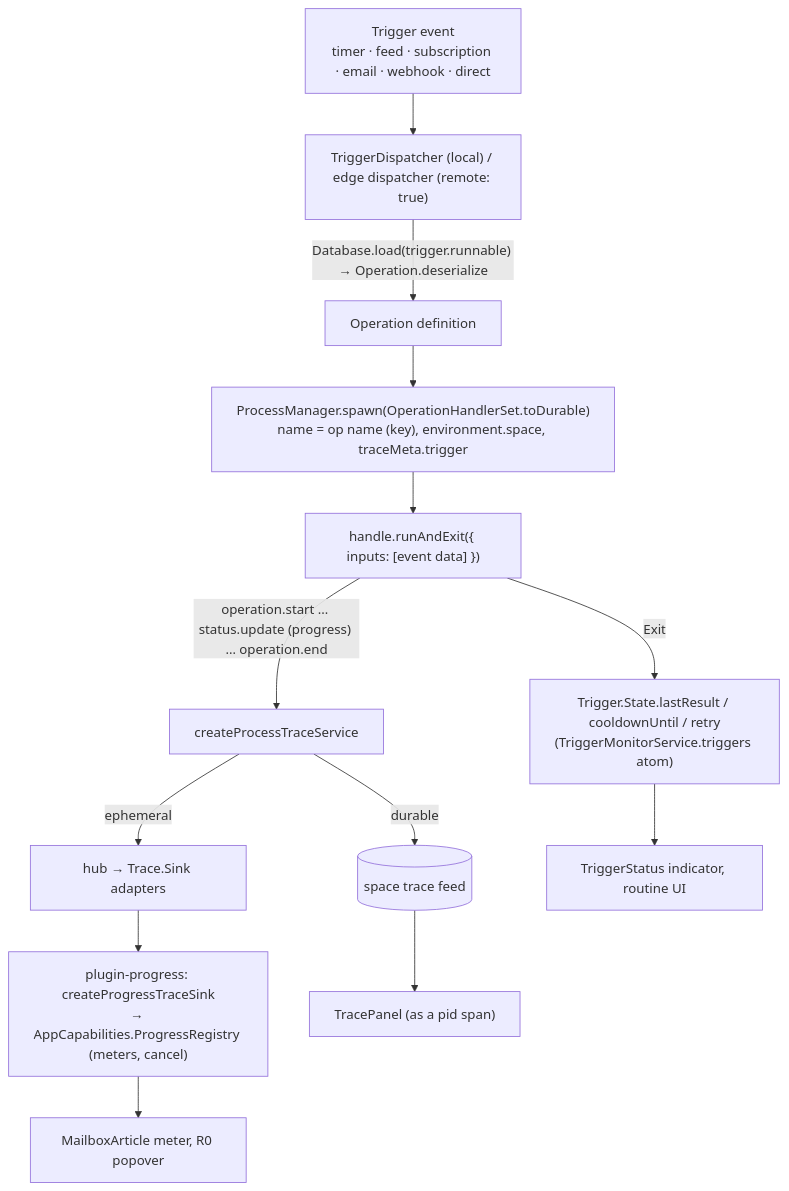
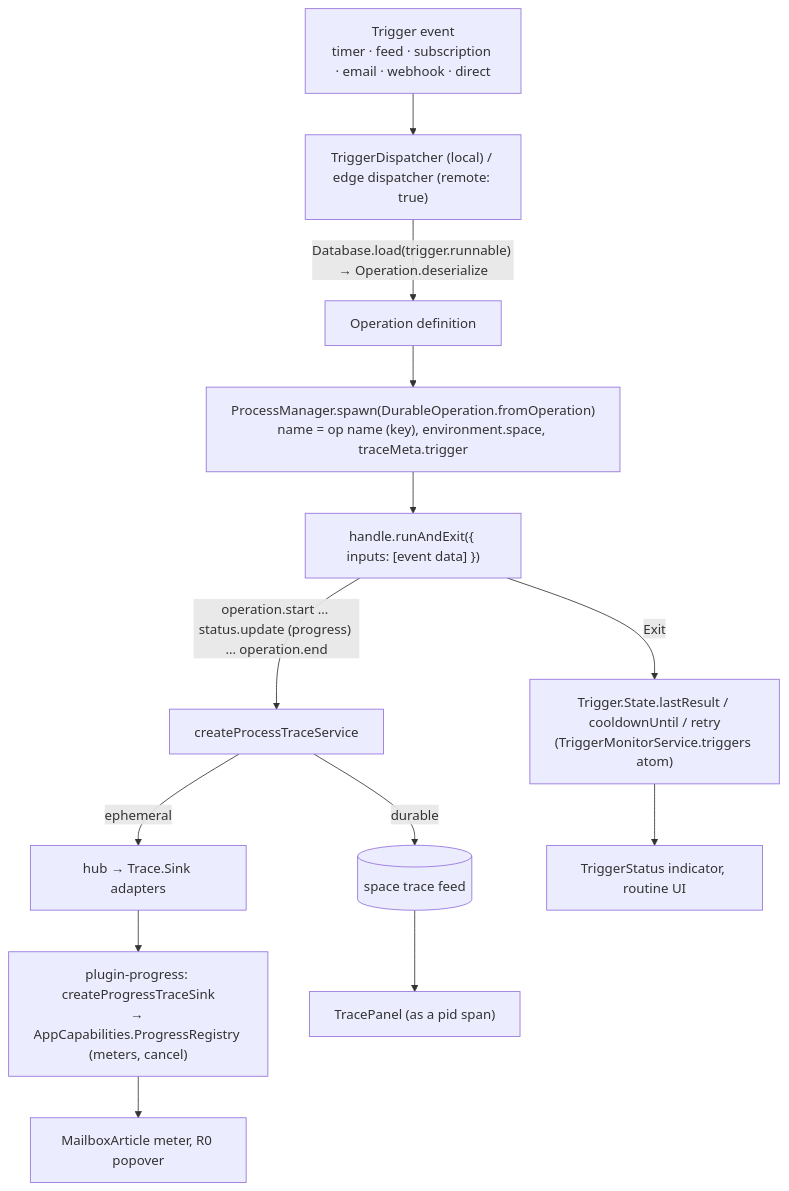
The fourth of 9 diagrams in packages/plugins/plugin-assistant/docs/ACTIVITY.md (dxos/dxos), drawn with Mermaid before and after one commit. The commit also changed other lines of this file and 12 other files, not shown here.

First line of the commit message:
compute-runtime: move operation->durable adapter out of OperationHandlerSet

````diff
--- a/packages/plugins/plugin-assistant/docs/ACTIVITY.md
+++ b/packages/plugins/plugin-assistant/docs/ACTIVITY.md
@@ -271,15 +271,15 @@
 ```mermaid
 flowchart TB
   EV["Trigger event<br/>timer · feed · subscription · email · webhook · direct"] --> TD
   TD["TriggerDispatcher (local) / edge dispatcher (remote: true)"] -->|"Database.load(trigger.runnable) → Operation.deserialize"| DEF[Operation definition]
-  DEF --> SP["ProcessManager.spawn(OperationHandlerSet.toDurable)<br/>name = op name (key), environment.space, traceMeta.trigger"]
+  DEF --> SP["ProcessManager.spawn(DurableOperation.fromOperation)<br/>name = op name (key), environment.space, traceMeta.trigger"]
   SP --> RUN["handle.runAndExit({ inputs: [event data] })"]
   RUN -->|"operation.start … status.update (progress) … operation.end"| TS[createProcessTraceService]
   TS -->|durable| FEED[("space trace feed")]
   TS -->|ephemeral| HUB["hub → Trace.Sink adapters"]
   HUB --> PR["plugin-progress: createProgressTraceSink<br/>→ AppCapabilities.ProgressRegistry (meters, cancel)"]
   RUN -->|Exit| ST["Trigger.State.lastResult / cooldownUntil / retry<br/>(TriggerMonitorService.triggers atom)"]
   ST --> TSTAT["TriggerStatus indicator, routine UI"]
   FEED --> TP["TracePanel (as a pid span)"]
   PR --> METER["MailboxArticle meter, R0 popover"]
 ```
````
